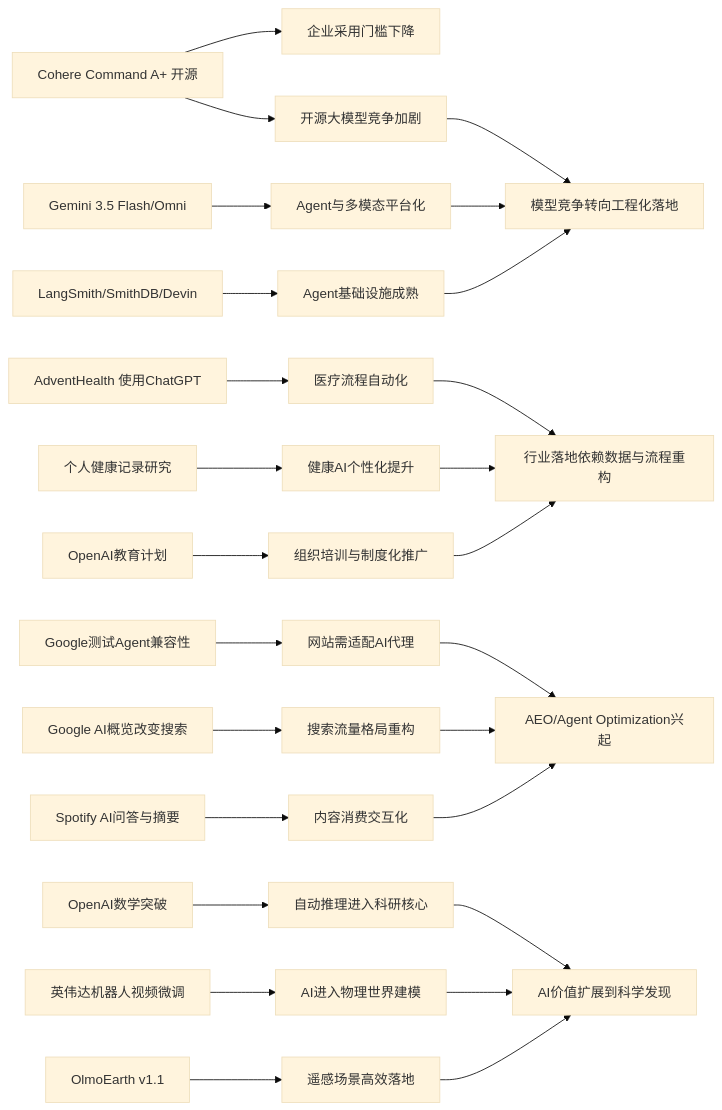
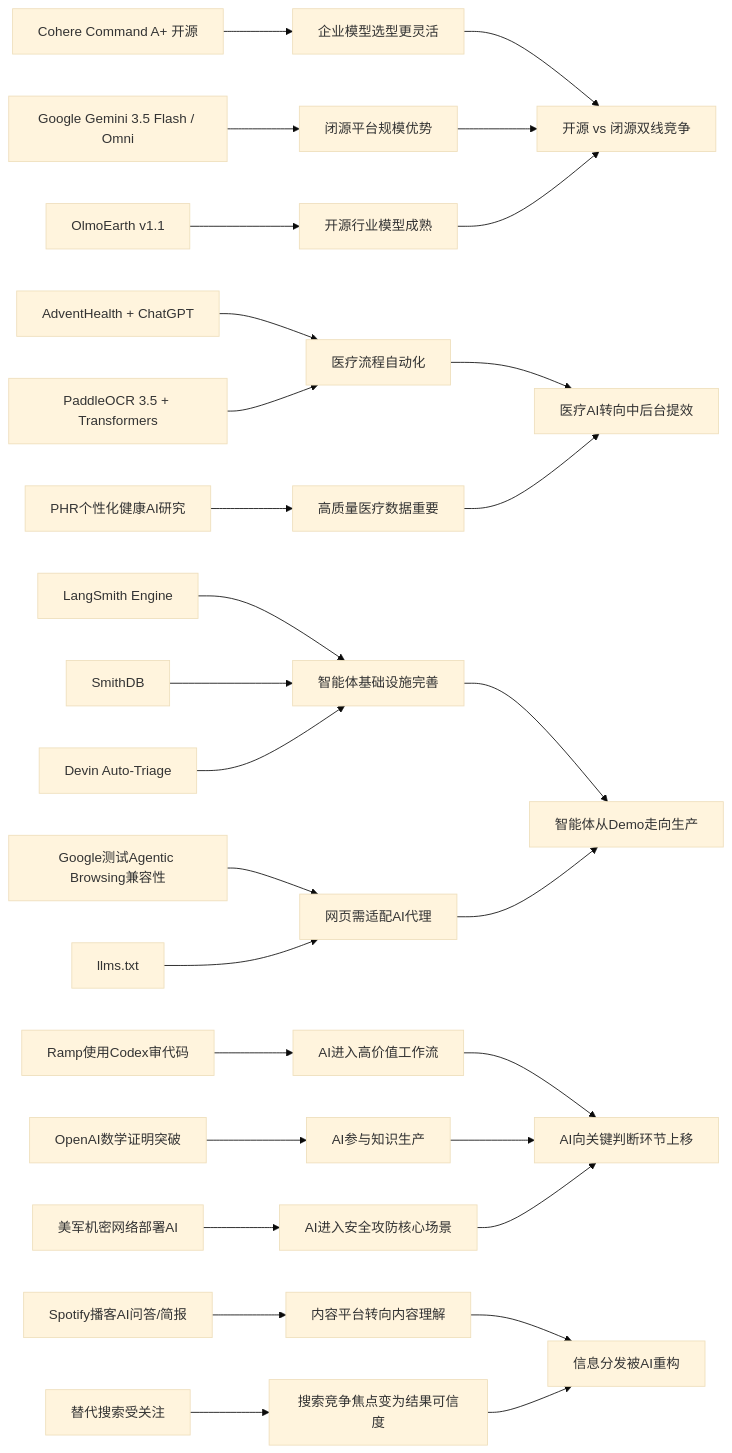
Before and after one commit to zhuxinfei/ai-daily-site: the diagram in content/cn/2026/2026-05/2026-05-22.md, drawn with Mermaid (base theme). The commit also changed other lines of this file, not shown here.

````diff
--- a/content/cn/2026/2026-05/2026-05-22.md
+++ b/content/cn/2026/2026-05/2026-05-22.md
@@ -110,31 +110,35 @@
 ```mermaid
 graph LR
-    A[Cohere Command A+ 开源] --> B[企业采用门槛下降]
-    A --> C[开源大模型竞争加剧]
-    D[Gemini 3.5 Flash/Omni] --> E[Agent与多模态平台化]
-    F[LangSmith/SmithDB/Devin] --> G[Agent基础设施成熟]
-    C --> H[模型竞争转向工程化落地]
-    E --> H
-    G --> H
+    A[Cohere Command A+ 开源] --> B[企业模型选型更灵活]
+    C[Google Gemini 3.5 Flash / Omni] --> D[闭源平台规模优势]
+    E[OlmoEarth v1.1] --> F[开源行业模型成熟]
+    B --> G[开源 vs 闭源双线竞争]
+    D --> G
+    F --> G
 
-    I[AdventHealth 使用ChatGPT] --> J[医疗流程自动化]
-    K[个人健康记录研究] --> L[健康AI个性化提升]
-    M[OpenAI教育计划] --> N[组织培训与制度化推广]
-    J --> O[行业落地依赖数据与流程重构]
-    L --> O
-    N --> O
+    H[AdventHealth + ChatGPT] --> I[医疗流程自动化]
+    J[PaddleOCR 3.5 + Transformers] --> I
+    K[PHR个性化健康AI研究] --> L[高质量医疗数据重要]
+    I --> M[医疗AI转向中后台提效]
+    L --> M
 
-    P[Google测试Agent兼容性] --> Q[网站需适配AI代理]
-    R[Google AI概览改变搜索] --> S[搜索流量格局重构]
-    T[Spotify AI问答与摘要] --> U[内容消费交互化]
-    Q --> V[AEO/Agent Optimization兴起]
-    S --> V
-    U --> V
+    N[LangSmith Engine] --> O[智能体基础设施完善]
+    P[SmithDB] --> O
+    Q[Devin Auto-Triage] --> O
+    R[Google测试Agentic Browsing兼容性] --> S[网页需适配AI代理]
+    T[llms.txt] --> S
+    O --> U[智能体从Demo走向生产]
+    S --> U
 
-    W[OpenAI数学突破] --> X[自动推理进入科研核心]
-    Y[英伟达机器人视频微调] --> Z[AI进入物理世界建模]
-    AA[OlmoEarth v1.1] --> AB[遥感场景高效落地]
-    X --> AC[AI价值扩展到科学发现]
-    Z --> AC
-    AB --> AC
+    V[Ramp使用Codex审代码] --> W[AI进入高价值工作流]
+    X[OpenAI数学证明突破] --> Y[AI参与知识生产]
+    Z[美军机密网络部署AI] --> AA[AI进入安全攻防核心场景]
+    W --> AB[AI向关键判断环节上移]
+    Y --> AB
+    AA --> AB
+
+    AC[Spotify播客AI问答/简报] --> AD[内容平台转向内容理解]
+    AE[替代搜索受关注] --> AF[搜索竞争焦点变为结果可信度]
+    AD --> AG[信息分发被AI重构]
+    AF --> AG
 ```
````
